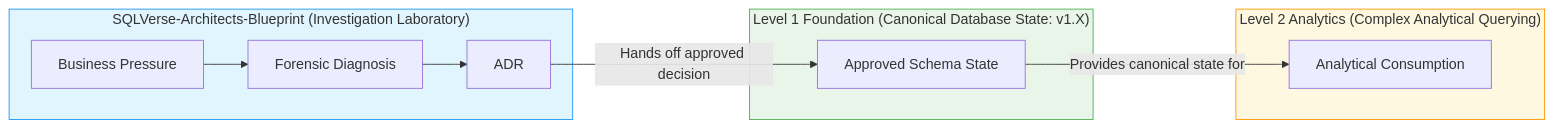
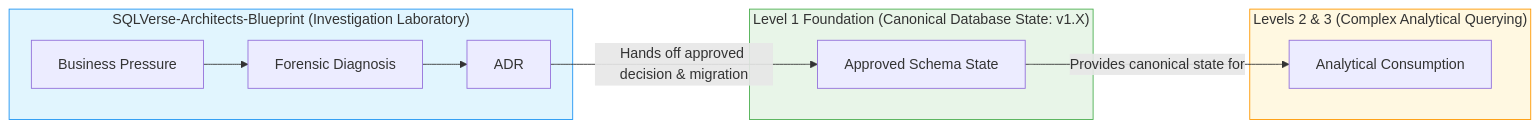
The diagram in Level-1-beginner/Module5-GenAI-Walkthrough/01-The-Socratic-Mirror/ACQUIRE-MODULE4/SQLVerse-Architects-Blueprint/00-CHARTER/BLUEPRINT_CHARTER.md (uniqueumamaheswari-universe/SQLVerse), drawn with Mermaid before and after one commit. The commit also changed other lines of this file and 5 other files, not shown here.

````diff
--- a/Level-1-beginner/Module5-GenAI-Walkthrough/01-The-Socratic-Mirror/ACQUIRE-MODULE4/SQLVerse-Architects-Blueprint/00-CHARTER/BLUEPRINT_CHARTER.md
+++ b/Level-1-beginner/Module5-GenAI-Walkthrough/01-The-Socratic-Mirror/ACQUIRE-MODULE4/SQLVerse-Architects-Blueprint/00-CHARTER/BLUEPRINT_CHARTER.md
@@ -80,21 +107,21 @@
 ```mermaid
 flowchart LR
     subgraph BLUEPRINT["SQLVerse-Architects-Blueprint (Investigation Laboratory)"]
         A["Business Pressure"] --> B["Forensic Diagnosis"] --> C["ADR"]
     end
 
     subgraph FOUNDATION["Level 1 Foundation (Canonical Database State: v1.X)"]
         D["Approved Schema State"]
     end
 
-    subgraph ANALYTICS["Level 2 Analytics (Complex Analytical Querying)"]
+    subgraph ANALYTICS["Levels 2 & 3 (Complex Analytical Querying)"]
         E["Analytical Consumption"]
     end
 
-    C -->|"Hands off approved decision"| D
+    C -->|"Hands off approved decision & migration"| D
     D -->|"Provides canonical state for"| E
 
     style BLUEPRINT fill:#e1f5fe,stroke:#2196f3
     style FOUNDATION fill:#e8f5e8,stroke:#4caf50
     style ANALYTICS fill:#fff8e1,stroke:#ff9800
 ```
````
